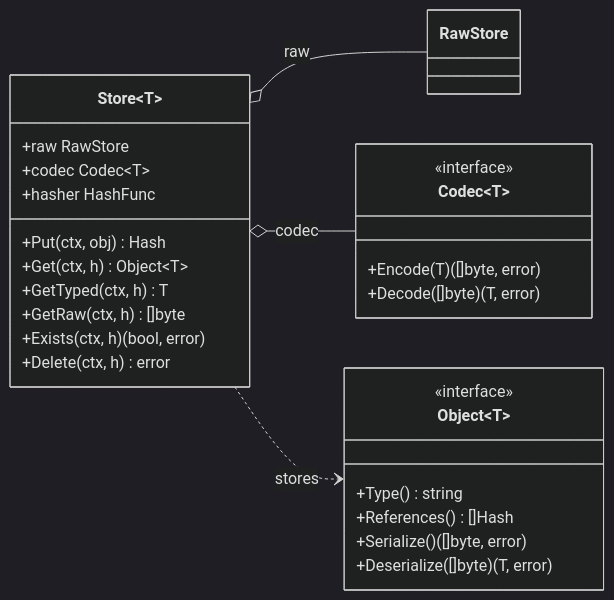
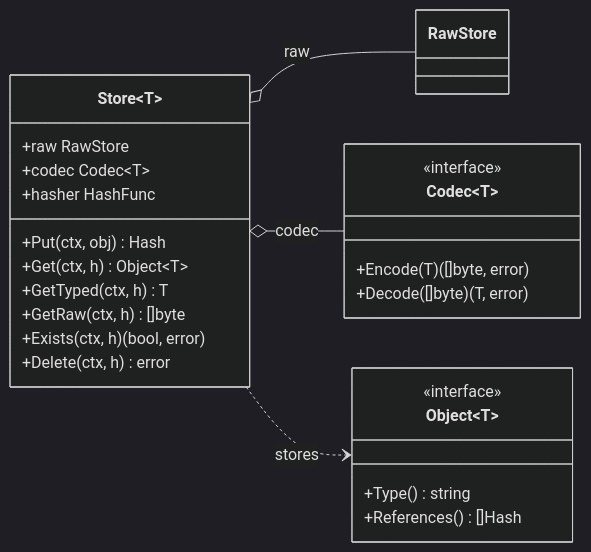
One commit to dmundt/go-cask changed the second of 5 diagrams in .github/instructions/cas-core.instructions.md. Above: the diagram before and after it, drawn with Mermaid (dark theme). The commit also changed other lines of this file and 5 other files, not shown here.

````diff
--- a/.github/instructions/cas-core.instructions.md
+++ b/.github/instructions/cas-core.instructions.md
@@ -202,30 +204,28 @@
 ```mermaid
 classDiagram
     direction LR
     class Object~T~ {
         <<interface>>
         +Type() string
         +References() []Hash
-        +Serialize() ([]byte, error)
-        +Deserialize([]byte) (T, error)
     }
     class Codec~T~ {
         <<interface>>
         +Encode(T) ([]byte, error)
         +Decode([]byte) (T, error)
     }
     class Store~T~ {
         +raw RawStore
         +codec Codec~T~
         +hasher HashFunc
         +Put(ctx, obj) Hash
         +Get(ctx, h) Object~T~
         +GetTyped(ctx, h) T
         +GetRaw(ctx, h) []byte
         +Exists(ctx, h) (bool, error)
         +Delete(ctx, h) error
     }
     Store~T~ o-- RawStore : raw
     Store~T~ o-- Codec~T~ : codec
     Store~T~ ..> Object~T~ : stores
 ```
````
